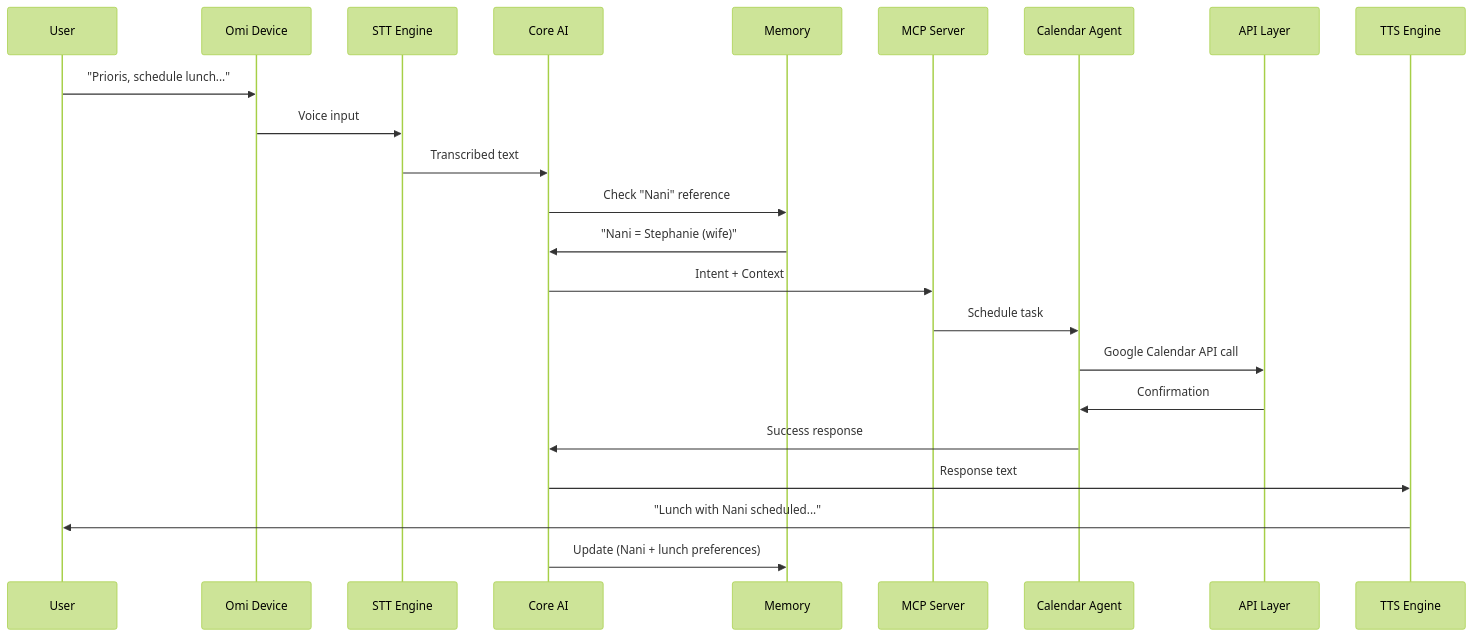
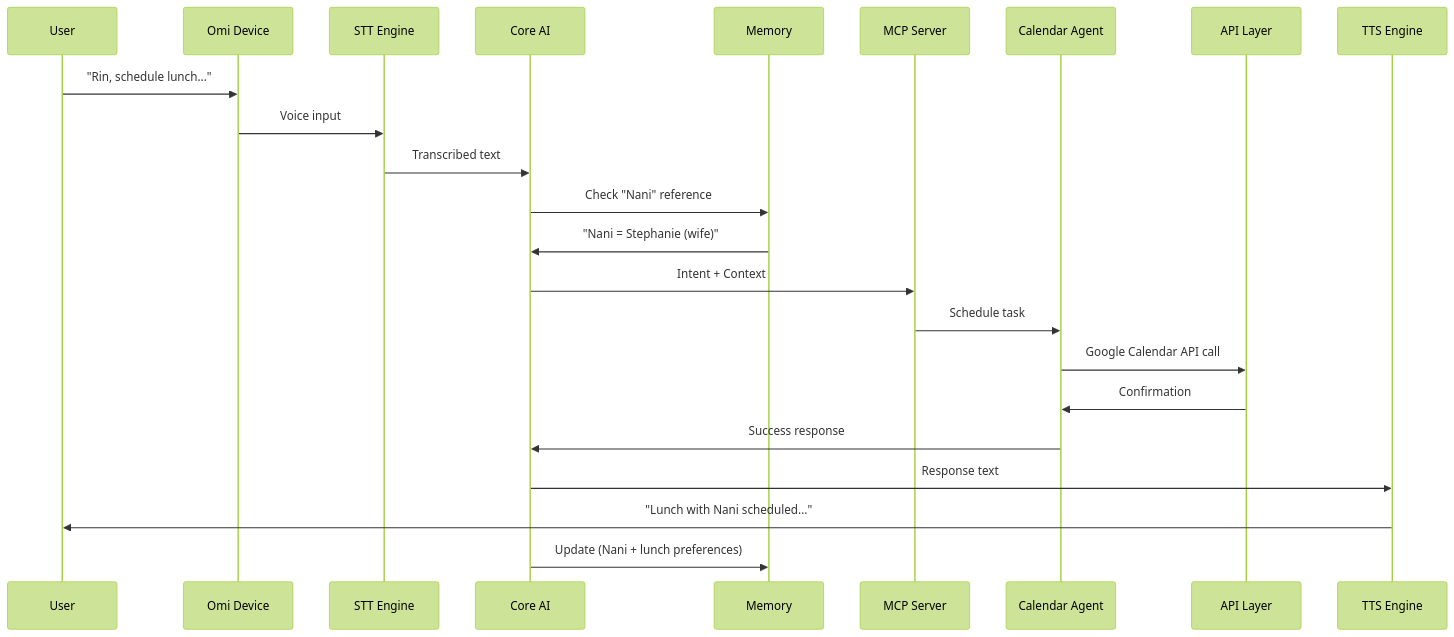
Before and after one commit to PSkinnerTech/nucleus: the first of 5 diagrams in pages/data-flows.mdx, drawn with Mermaid (forest theme). The commit also changed other lines of this file and 13 other files, not shown here.

````diff
--- a/pages/data-flows.mdx
+++ b/pages/data-flows.mdx
@@ -29,16 +29,16 @@
 ```mermaid
 sequenceDiagram
-    User->>Omi Device: "Prioris, schedule lunch..."
+    User->>Omi Device: "Rin, schedule lunch..."
     Omi Device->>STT Engine: Voice input
     STT Engine->>Core AI: Transcribed text
     Core AI->>Memory: Check "Nani" reference
     Memory->>Core AI: "Nani = Stephanie (wife)"
     Core AI->>MCP Server: Intent + Context
     MCP Server->>Calendar Agent: Schedule task
     Calendar Agent->>API Layer: Google Calendar API call
     API Layer->>Calendar Agent: Confirmation
     Calendar Agent->>Core AI: Success response
     Core AI->>TTS Engine: Response text
     TTS Engine->>User: "Lunch with Nani scheduled..."
     Core AI->>Memory: Update (Nani + lunch preferences)
 ```
````
